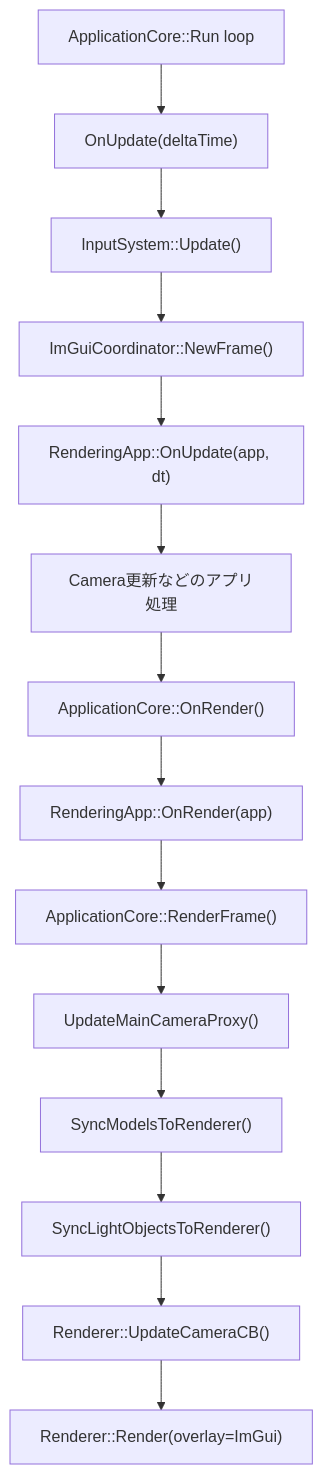
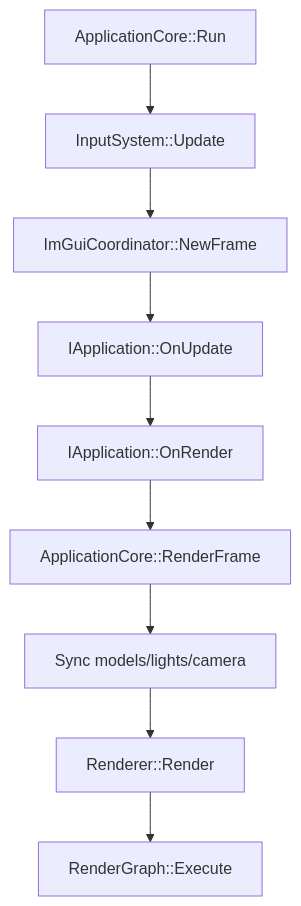
Before and after one commit to ShiromiSasami/SasamiRenderer: the second of 2 diagrams in README.md, drawn with Mermaid. The commit also changed other lines of this file and 29 other files, not shown here.

````diff
--- a/README.md
+++ b/README.md
@@ -32,16 +164,11 @@
 ```mermaid
 flowchart TD
-    A["ApplicationCore::Run loop"] --> B["OnUpdate(deltaTime)"]
-    B --> C["InputSystem::Update()"]
-    C --> D["ImGuiCoordinator::NewFrame()"]
-    D --> E["RenderingApp::OnUpdate(app, dt)"]
-    E --> F["Camera更新などのアプリ処理"]
-    F --> G["ApplicationCore::OnRender()"]
-    G --> H["RenderingApp::OnRender(app)"]
-    H --> I["ApplicationCore::RenderFrame()"]
-    I --> J["UpdateMainCameraProxy()"]
-    J --> K["SyncModelsToRenderer()"]
-    K --> L["SyncLightObjectsToRenderer()"]
-    L --> M["Renderer::UpdateCameraCB()"]
-    M --> N["Renderer::Render(overlay=ImGui)"]
+    A["ApplicationCore::Run"] --> B["InputSystem::Update"]
+    B --> C["ImGuiCoordinator::NewFrame"]
+    C --> D["IApplication::OnUpdate"]
+    D --> E["IApplication::OnRender"]
+    E --> F["ApplicationCore::RenderFrame"]
+    F --> G["Sync models/lights/camera"]
+    G --> H["Renderer::Render"]
+    H --> I["RenderGraph::Execute"]
 ```
````
